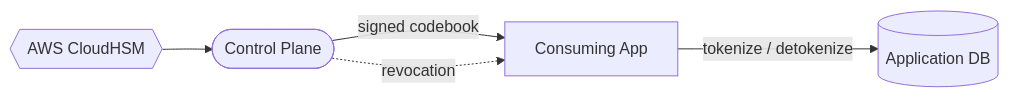
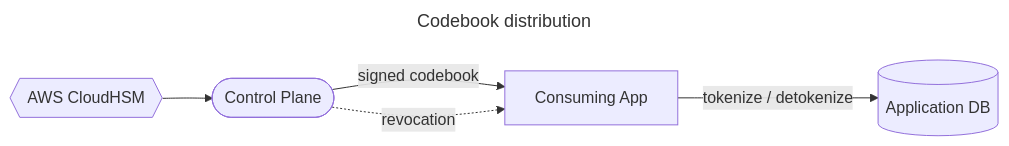
The first of 25 diagrams in examples/mermaid-gallery.md (SlideWright/lattice), drawn with Mermaid before and after one commit. The commit also changed other lines of this file and 19 other files, not shown here.

````diff
--- a/examples/mermaid-gallery.md
+++ b/examples/mermaid-gallery.md
@@ -61,7 +61,10 @@
 ```mermaid
+---
+title: Codebook distribution
+---
 flowchart LR
   A{{"AWS CloudHSM"}} --> B(["Control Plane"])
   B -->|"signed codebook"| C["Consuming App"]
   C -->|"tokenize / detokenize"| D[("Application DB")]
   B -.->|"revocation"| C
 ```
````
